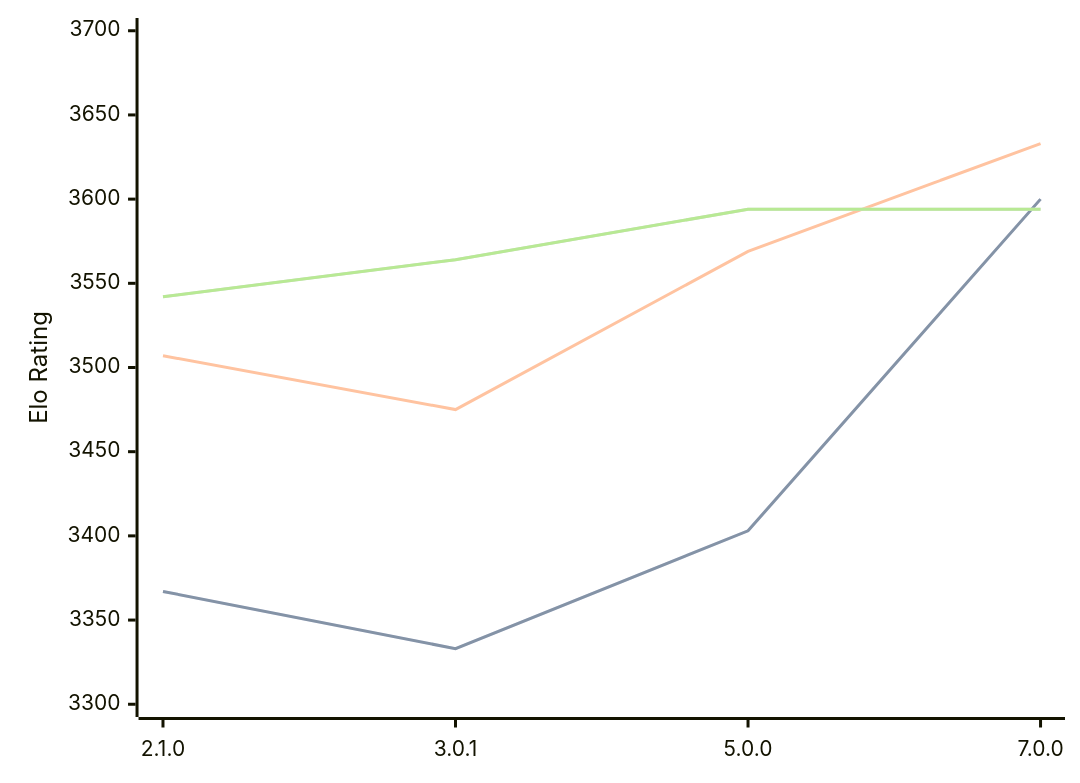
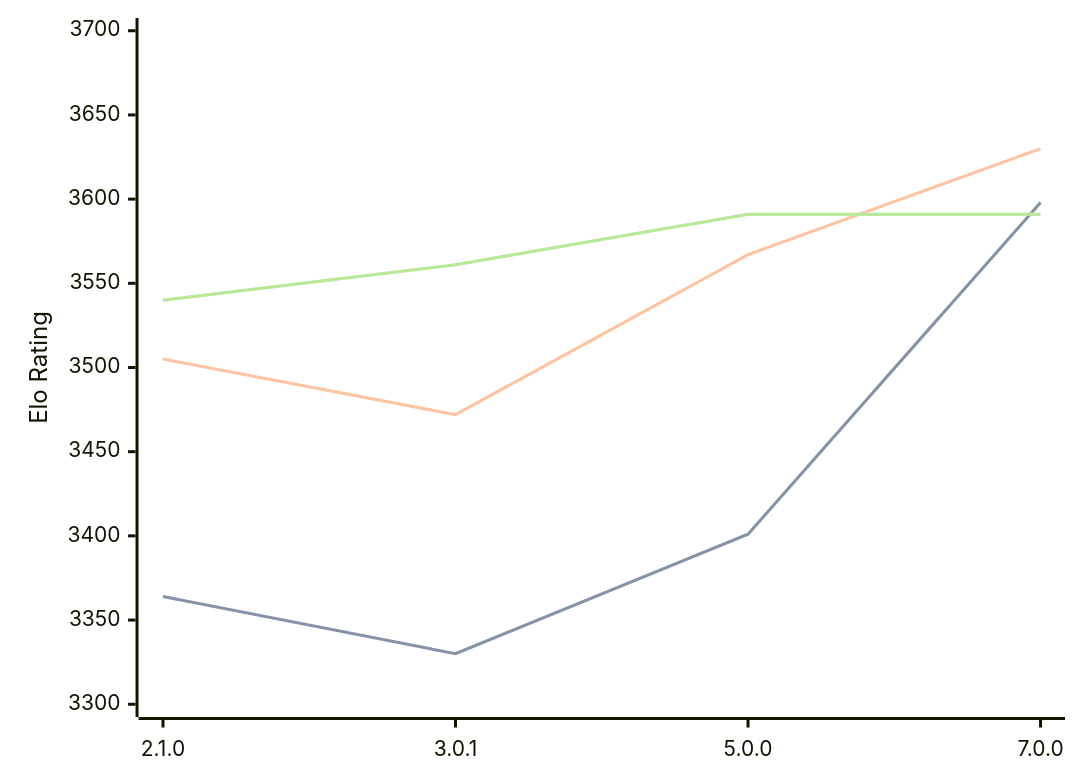
Before and after one commit to computer-chess-index/cci: the diagram in engines/PlentyChess.md, drawn with Mermaid. The commit also changed other lines of this file, not shown here.

Commit message:
Update CCI Ratings (ELO VLTC) - 2026-03-10

````diff
--- a/engines/PlentyChess.md
+++ b/engines/PlentyChess.md
@@ -43,11 +43,11 @@
 ```mermaid
 %%{init: {"theme":"base","themeVariables":{"seriesColors:['#a3a3a3','#222221','#faa371']}}}%%
 xychart-beta
   x-axis ["2.1.0", "3.0.1", "5.0.0", "7.0.0"]
   y-axis "Elo Rating" 3300 --> 3700
-  line "STC (8.0+0.08s)" [3367, 3333, 3403, 3600]
-  line "STC (8.0+0.08s)" [3367, 3333, 3403, 3600]
-  line "LTC (60.0+0.60s)" [3507, 3475, 3569, 3633]
-  line "VLTC (2m24s+1.12s)" [3542, 3564, 3594, 3594]
-  line "VLTC (2m24s+1.12s)" [3542, 3564, 3594, 3594]
+  line "STC (8.0+0.08s)" [3364, 3330, 3401, 3598]
+  line "STC (8.0+0.08s)" [3364, 3330, 3401, 3598]
+  line "LTC (60.0+0.60s)" [3505, 3472, 3567, 3630]
+  line "VLTC (2m24s+1.12s)" [3540, 3561, 3591, 3591]
+  line "VLTC (2m24s+1.12s)" [3540, 3561, 3591, 3591]
 ```
````
